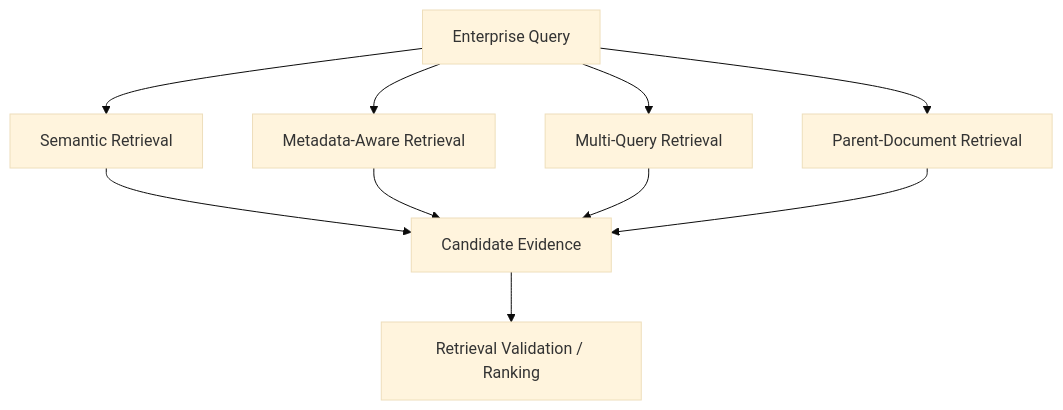
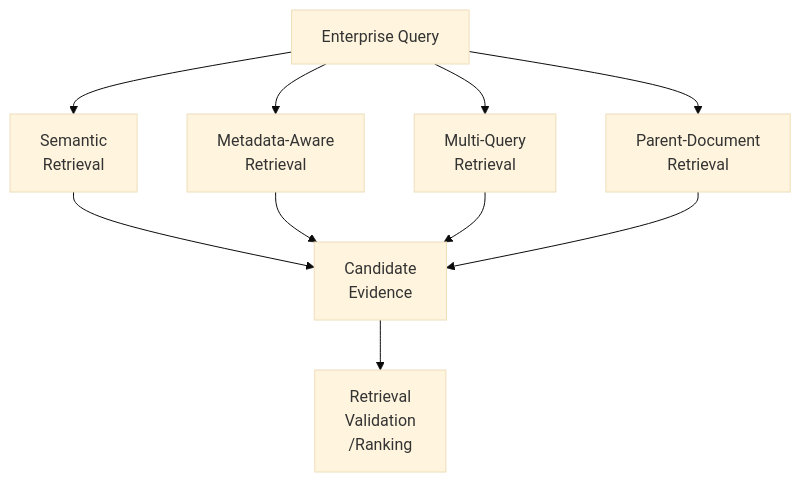
One commit to MihirKJha/enterprise-ai-blog changed the second of 5 diagrams in docs/architecture-insights/genai-and-rag/2.5-architecting-retriever-selection-an-enterprise-decision-framework.md. Above: the diagram before and after it, drawn with Mermaid (base theme). The commit also changed other lines of this file and 1 other file, not shown here.

````diff
--- a/docs/architecture-insights/genai-and-rag/2.5-architecting-retriever-selection-an-enterprise-decision-framework.md
+++ b/docs/architecture-insights/genai-and-rag/2.5-architecting-retriever-selection-an-enterprise-decision-framework.md
@@ -225,14 +225,14 @@
 ```mermaid
 graph TD
-    Q[Enterprise Query] --> S[Semantic Retrieval]
-    Q --> M[Metadata-Aware Retrieval]
-    Q --> MQ[Multi-Query Retrieval]
-    Q --> P[Parent-Document Retrieval]
+    Q[Enterprise Query] --> S[Semantic<br/>Retrieval]
+    Q --> M[Metadata-Aware<br/>Retrieval]
+    Q --> MQ[Multi-Query<br/>Retrieval]
+    Q --> P[Parent-Document<br/>Retrieval]
 
-    S --> C[Candidate Evidence]
+    S --> C[Candidate<br/>Evidence]
     M --> C
     MQ --> C
     P --> C
 
-    C --> V[Retrieval Validation / Ranking]
+    C --> V[Retrieval<br/>Validation<br/>/Ranking]
 ```
````
